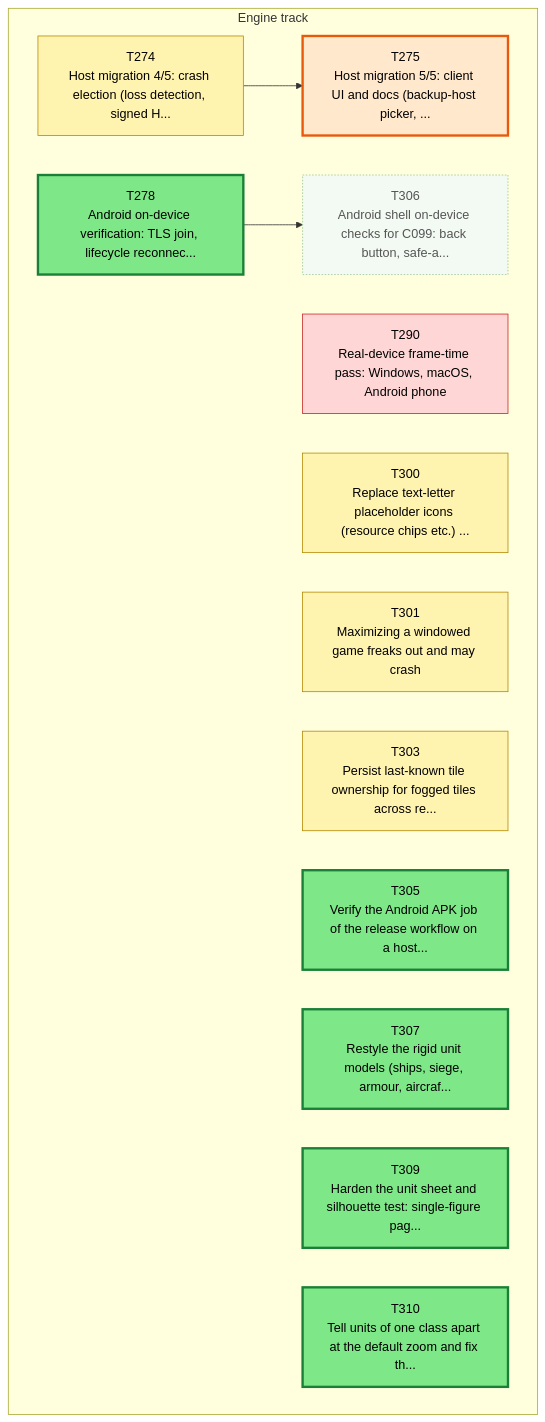
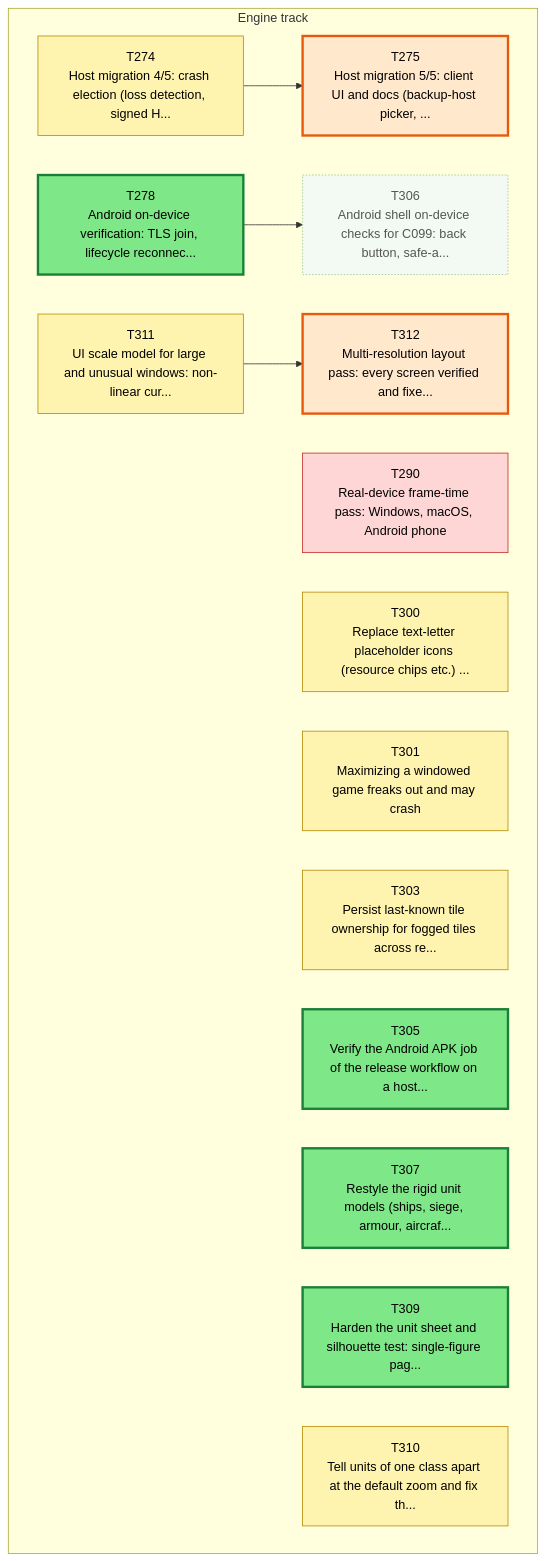
Before and after one commit to Kenmura/Unciv: the first of 3 diagrams in csharp/migration/DEPENDENCY_MAP.md, drawn with Mermaid. The commit also changed other lines of this file and 1 other file, not shown here.

````diff
--- a/csharp/migration/DEPENDENCY_MAP.md
+++ b/csharp/migration/DEPENDENCY_MAP.md
@@ -35,38 +35,43 @@
 ```mermaid
 flowchart TD
   subgraph TTRACK["Engine track"]
     T274["T274<br/>Host migration 4/5: crash election (loss detection, signed H..."]
     T275["T275<br/>Host migration 5/5: client UI and docs (backup-host picker, ..."]
     T278["T278<br/>Android on-device verification: TLS join, lifecycle reconnec..."]
     T290["T290<br/>Real-device frame-time pass: Windows, macOS, Android phone"]
     T300["T300<br/>Replace text-letter placeholder icons (resource chips etc.) ..."]
     T301["T301<br/>Maximizing a windowed game freaks out and may crash"]
     T303["T303<br/>Persist last-known tile ownership for fogged tiles across re..."]
     T305["T305<br/>Verify the Android APK job of the release workflow on a host..."]
     T306["T306<br/>Android shell on-device checks for C099: back button, safe-a..."]
     T307["T307<br/>Restyle the rigid unit models (ships, siege, armour, aircraf..."]
     T309["T309<br/>Harden the unit sheet and silhouette test: single-figure pag..."]
     T310["T310<br/>Tell units of one class apart at the default zoom and fix th..."]
+    T311["T311<br/>UI scale model for large and unusual windows: non-linear cur..."]
+    T312["T312<br/>Multi-resolution layout pass: every screen verified and fixe..."]
   end
   T274 --> T275
   T278 --> T306
+  T311 --> T312
   classDef waiting fill:#f3faf3,stroke:#9bc49b,color:#555,stroke-dasharray:2 2
   classDef ondeck fill:#ffe8cc,stroke:#e8590c,stroke-width:3px,color:#000
   classDef ready fill:#7ee787,stroke:#1a7f37,stroke-width:3px,color:#000
   classDef prog fill:#fff3b0,stroke:#b58900,color:#000
   classDef review fill:#cfe4ff,stroke:#1f6feb,color:#000
   classDef blocked fill:#ffd6d6,stroke:#c62828,color:#000
   classDef done fill:#eeeeee,stroke:#999999,color:#666,stroke-dasharray:4 3
   class T274 prog
   class T275 ondeck
   class T278 ready
   class T290 blocked
   class T300 prog
   class T301 prog
   class T303 prog
   class T305 ready
   class T306 waiting
   class T307 ready
   class T309 ready
-  class T310 ready
+  class T310 prog
+  class T311 prog
+  class T312 ondeck
 ```
````
